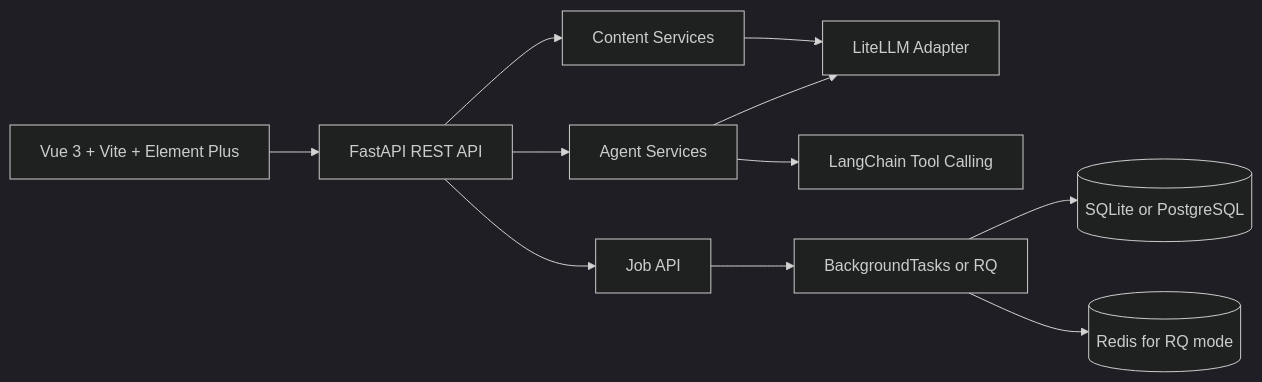
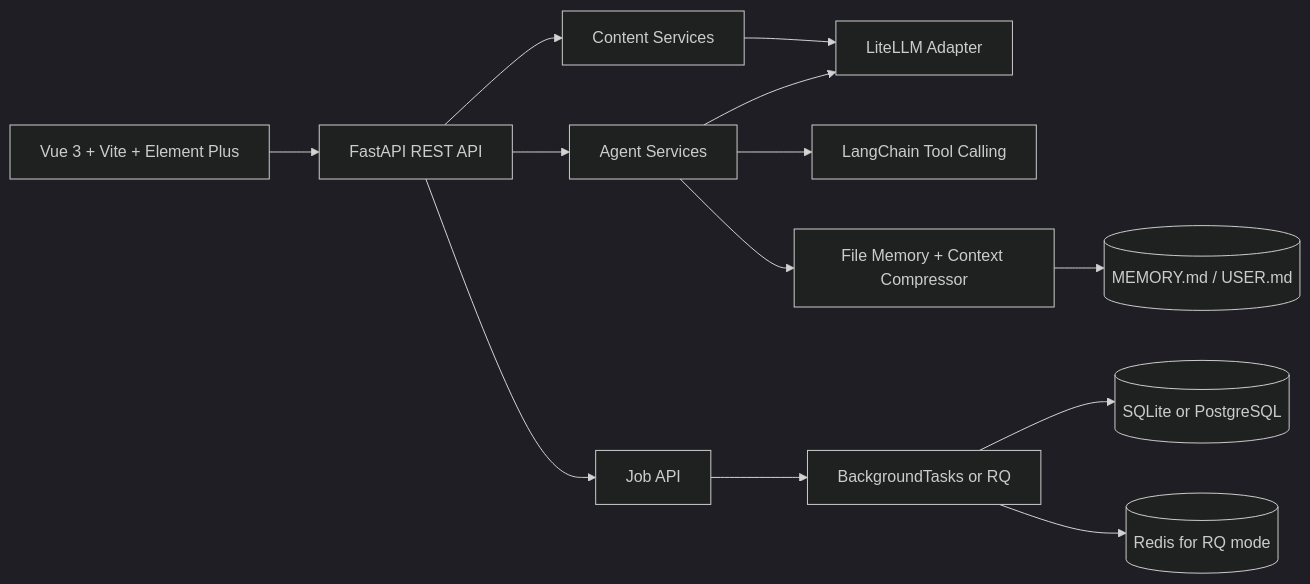
The diagram in README.md (xwmxcz/-content-ops-agent), drawn with Mermaid (dark theme) before and after one commit. The commit also changed other lines of this file and 1 other file, not shown here.

First line of the commit message:
Document Hermes-style long-term memory in README

````diff
--- a/README.md
+++ b/README.md
@@ -32,13 +33,15 @@
 ```mermaid
 graph LR
   A[Vue 3 + Vite + Element Plus] --> B[FastAPI REST API]
   B --> C[Content Services]
   B --> D[Agent Services]
   B --> Q[Job API]
   C --> E[LiteLLM Adapter]
   D --> E
   D --> F[LangChain Tool Calling]
+  D --> M[File Memory + Context Compressor]
+  M --> N[(MEMORY.md / USER.md)]
   Q --> G[BackgroundTasks or RQ]
   G --> H[(SQLite or PostgreSQL)]
   G --> I[(Redis for RQ mode)]
 ```
````
